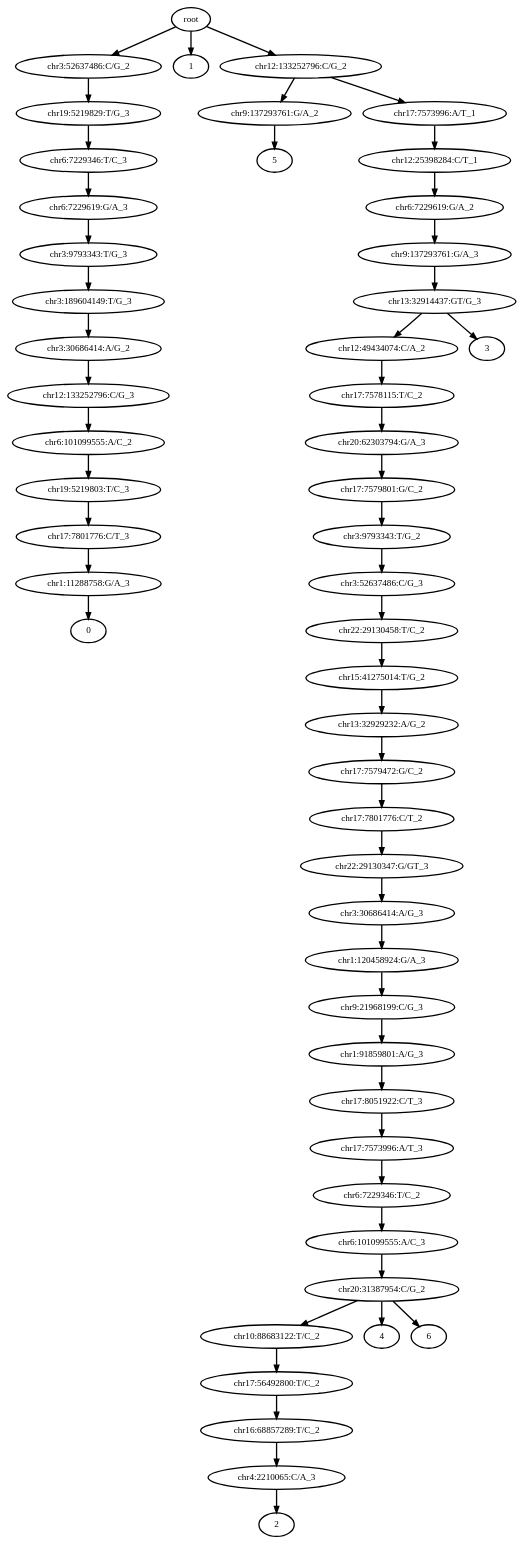
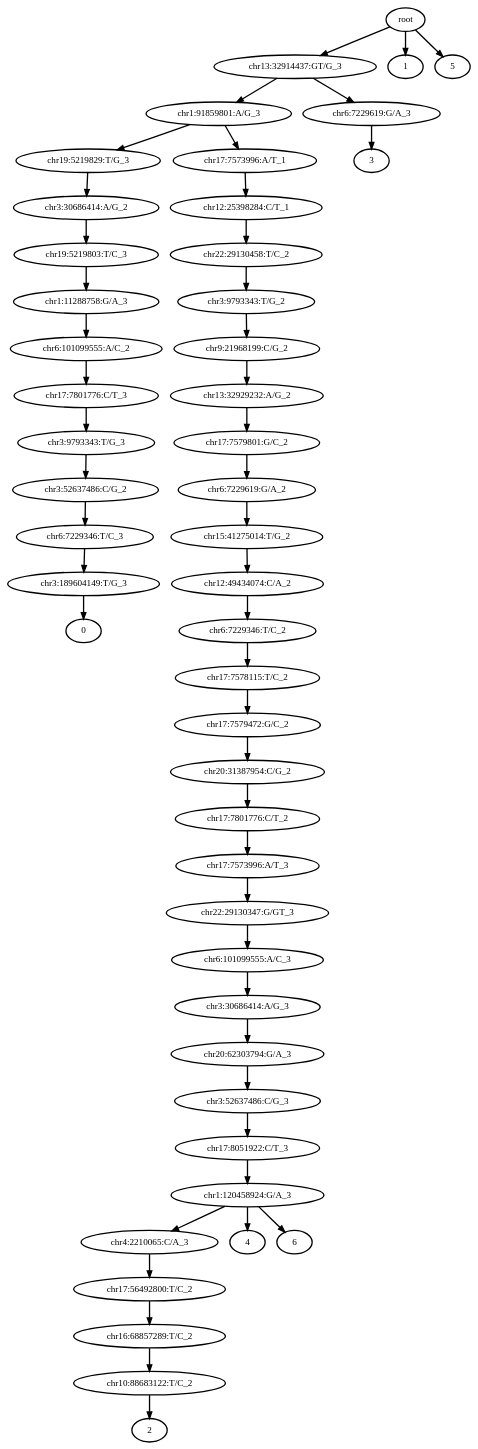
The diagram in 0_condor_pipeline/condor_outputs/BPA-2/out_tree.dot (haochenz96/Tapestri_main_manuscript_analysis), drawn with Graphviz before and after one commit. The commit also changed 104 other files, not shown here.

```diff
--- a/0_condor_pipeline/condor_outputs/BPA-2/out_tree.dot
+++ b/0_condor_pipeline/condor_outputs/BPA-2/out_tree.dot
@@ -1,107 +1,99 @@
 digraph N {
 	overlap="false"
 	rankdir="TB"
 	0 [label="root", style="bold"];
-	1 [label="chr3:52637486:C/G_2", style="bold"];
-	2 [label="chr19:5219829:T/G_3", style="bold"];
-	3 [label="chr6:7229346:T/C_3", style="bold"];
-	4 [label="chr6:7229619:G/A_3", style="bold"];
-	5 [label="chr3:9793343:T/G_3", style="bold"];
-	6 [label="chr3:189604149:T/G_3", style="bold"];
-	7 [label="chr3:30686414:A/G_2", style="bold"];
-	8 [label="chr12:133252796:C/G_3", style="bold"];
-	9 [label="chr6:101099555:A/C_2", style="bold"];
-	10 [label="chr19:5219803:T/C_3", style="bold"];
-	11 [label="chr17:7801776:C/T_3", style="bold"];
-	12 [label="chr1:11288758:G/A_3", style="bold"];
+	1 [label="chr13:32914437:GT/G_3", style="bold"];
+	2 [label="chr1:91859801:A/G_3", style="bold"];
+	3 [label="chr19:5219829:T/G_3", style="bold"];
+	4 [label="chr3:30686414:A/G_2", style="bold"];
+	5 [label="chr19:5219803:T/C_3", style="bold"];
+	6 [label="chr1:11288758:G/A_3", style="bold"];
+	7 [label="chr6:101099555:A/C_2", style="bold"];
+	8 [label="chr17:7801776:C/T_3", style="bold"];
+	9 [label="chr3:9793343:T/G_3", style="bold"];
+	10 [label="chr3:52637486:C/G_2", style="bold"];
+	11 [label="chr6:7229346:T/C_3", style="bold"];
+	12 [label="chr3:189604149:T/G_3", style="bold"];
 	13 [label="0", style="bold"];
 	14 [label="1", style="bold"];
-	15 [label="chr12:133252796:C/G_2", style="bold"];
-	16 [label="chr12:49434074:C/A_2", style="bold"];
-	17 [label="chr17:7578115:T/C_2", style="bold"];
-	18 [label="chr20:62303794:G/A_3", style="bold"];
-	19 [label="chr17:7579801:G/C_2", style="bold"];
-	20 [label="chr3:9793343:T/G_2", style="bold"];
-	21 [label="chr3:52637486:C/G_3", style="bold"];
-	22 [label="chr22:29130458:T/C_2", style="bold"];
-	23 [label="chr15:41275014:T/G_2", style="bold"];
-	24 [label="chr13:32929232:A/G_2", style="bold"];
-	25 [label="chr17:7579472:G/C_2", style="bold"];
-	26 [label="chr17:7801776:C/T_2", style="bold"];
-	27 [label="chr22:29130347:G/GT_3", style="bold"];
-	28 [label="chr3:30686414:A/G_3", style="bold"];
-	29 [label="chr1:120458924:G/A_3", style="bold"];
-	30 [label="chr9:21968199:C/G_3", style="bold"];
-	31 [label="chr1:91859801:A/G_3", style="bold"];
-	32 [label="chr17:8051922:C/T_3", style="bold"];
-	33 [label="chr17:7573996:A/T_3", style="bold"];
-	34 [label="chr6:7229346:T/C_2", style="bold"];
-	35 [label="chr6:101099555:A/C_3", style="bold"];
+	15 [label="chr4:2210065:C/A_3", style="bold"];
+	16 [label="chr17:56492800:T/C_2", style="bold"];
+	17 [label="chr16:68857289:T/C_2", style="bold"];
+	18 [label="chr10:88683122:T/C_2", style="bold"];
+	19 [label="2", style="bold"];
+	20 [label="chr6:7229619:G/A_3", style="bold"];
+	21 [label="3", style="bold"];
+	22 [label="4", style="bold"];
+	23 [label="5", style="bold"];
+	24 [label="6", style="bold"];
+	25 [label="chr22:29130458:T/C_2", style="bold"];
+	26 [label="chr3:9793343:T/G_2", style="bold"];
+	27 [label="chr9:21968199:C/G_2", style="bold"];
+	28 [label="chr13:32929232:A/G_2", style="bold"];
+	29 [label="chr17:7579801:G/C_2", style="bold"];
+	30 [label="chr6:7229619:G/A_2", style="bold"];
+	31 [label="chr15:41275014:T/G_2", style="bold"];
+	32 [label="chr12:49434074:C/A_2", style="bold"];
+	33 [label="chr6:7229346:T/C_2", style="bold"];
+	34 [label="chr17:7578115:T/C_2", style="bold"];
+	35 [label="chr17:7579472:G/C_2", style="bold"];
 	36 [label="chr20:31387954:C/G_2", style="bold"];
-	37 [label="chr10:88683122:T/C_2", style="bold"];
-	38 [label="chr17:56492800:T/C_2", style="bold"];
-	39 [label="chr16:68857289:T/C_2", style="bold"];
-	40 [label="chr4:2210065:C/A_3", style="bold"];
-	41 [label="2", style="bold"];
-	42 [label="3", style="bold"];
-	43 [label="4", style="bold"];
-	44 [label="chr9:137293761:G/A_2", style="bold"];
-	45 [label="5", style="bold"];
-	46 [label="6", style="bold"];
-	47 [label="chr6:7229619:G/A_2", style="bold"];
-	48 [label="chr9:137293761:G/A_3", style="bold"];
-	49 [label="chr13:32914437:GT/G_3", style="bold"];
-	50 [label="chr17:7573996:A/T_1", style="bold"];
-	51 [label="chr12:25398284:C/T_1", style="bold"];
+	37 [label="chr17:7801776:C/T_2", style="bold"];
+	38 [label="chr17:7573996:A/T_3", style="bold"];
+	39 [label="chr22:29130347:G/GT_3", style="bold"];
+	40 [label="chr6:101099555:A/C_3", style="bold"];
+	41 [label="chr3:30686414:A/G_3", style="bold"];
+	42 [label="chr20:62303794:G/A_3", style="bold"];
+	43 [label="chr3:52637486:C/G_3", style="bold"];
+	44 [label="chr17:8051922:C/T_3", style="bold"];
+	45 [label="chr1:120458924:G/A_3", style="bold"];
+	46 [label="chr17:7573996:A/T_1", style="bold"];
+	47 [label="chr12:25398284:C/T_1", style="bold"];
 	0 -> 1 [style="bold"];
 	0 -> 14 [style="bold"];
-	0 -> 15 [style="bold"];
+	0 -> 23 [style="bold"];
 	1 -> 2 [style="bold"];
+	1 -> 20 [style="bold"];
 	2 -> 3 [style="bold"];
+	2 -> 46 [style="bold"];
 	3 -> 4 [style="bold"];
 	4 -> 5 [style="bold"];
 	5 -> 6 [style="bold"];
 	6 -> 7 [style="bold"];
 	7 -> 8 [style="bold"];
 	8 -> 9 [style="bold"];
 	9 -> 10 [style="bold"];
 	10 -> 11 [style="bold"];
 	11 -> 12 [style="bold"];
 	12 -> 13 [style="bold"];
-	15 -> 44 [style="bold"];
-	15 -> 50 [style="bold"];
+	15 -> 16 [style="bold"];
 	16 -> 17 [style="bold"];
 	17 -> 18 [style="bold"];
 	18 -> 19 [style="bold"];
-	19 -> 20 [style="bold"];
 	20 -> 21 [style="bold"];
-	21 -> 22 [style="bold"];
-	22 -> 23 [style="bold"];
-	23 -> 24 [style="bold"];
-	24 -> 25 [style="bold"];
 	25 -> 26 [style="bold"];
 	26 -> 27 [style="bold"];
 	27 -> 28 [style="bold"];
 	28 -> 29 [style="bold"];
 	29 -> 30 [style="bold"];
 	30 -> 31 [style="bold"];
 	31 -> 32 [style="bold"];
 	32 -> 33 [style="bold"];
 	33 -> 34 [style="bold"];
 	34 -> 35 [style="bold"];
 	35 -> 36 [style="bold"];
 	36 -> 37 [style="bold"];
-	36 -> 43 [style="bold"];
-	36 -> 46 [style="bold"];
 	37 -> 38 [style="bold"];
 	38 -> 39 [style="bold"];
 	39 -> 40 [style="bold"];
 	40 -> 41 [style="bold"];
+	41 -> 42 [style="bold"];
+	42 -> 43 [style="bold"];
+	43 -> 44 [style="bold"];
 	44 -> 45 [style="bold"];
-	47 -> 48 [style="bold"];
-	48 -> 49 [style="bold"];
-	49 -> 16 [style="bold"];
-	49 -> 42 [style="bold"];
-	50 -> 51 [style="bold"];
-	51 -> 47 [style="bold"];
+	45 -> 15 [style="bold"];
+	45 -> 22 [style="bold"];
+	45 -> 24 [style="bold"];
+	46 -> 47 [style="bold"];
+	47 -> 25 [style="bold"];
 }
```
